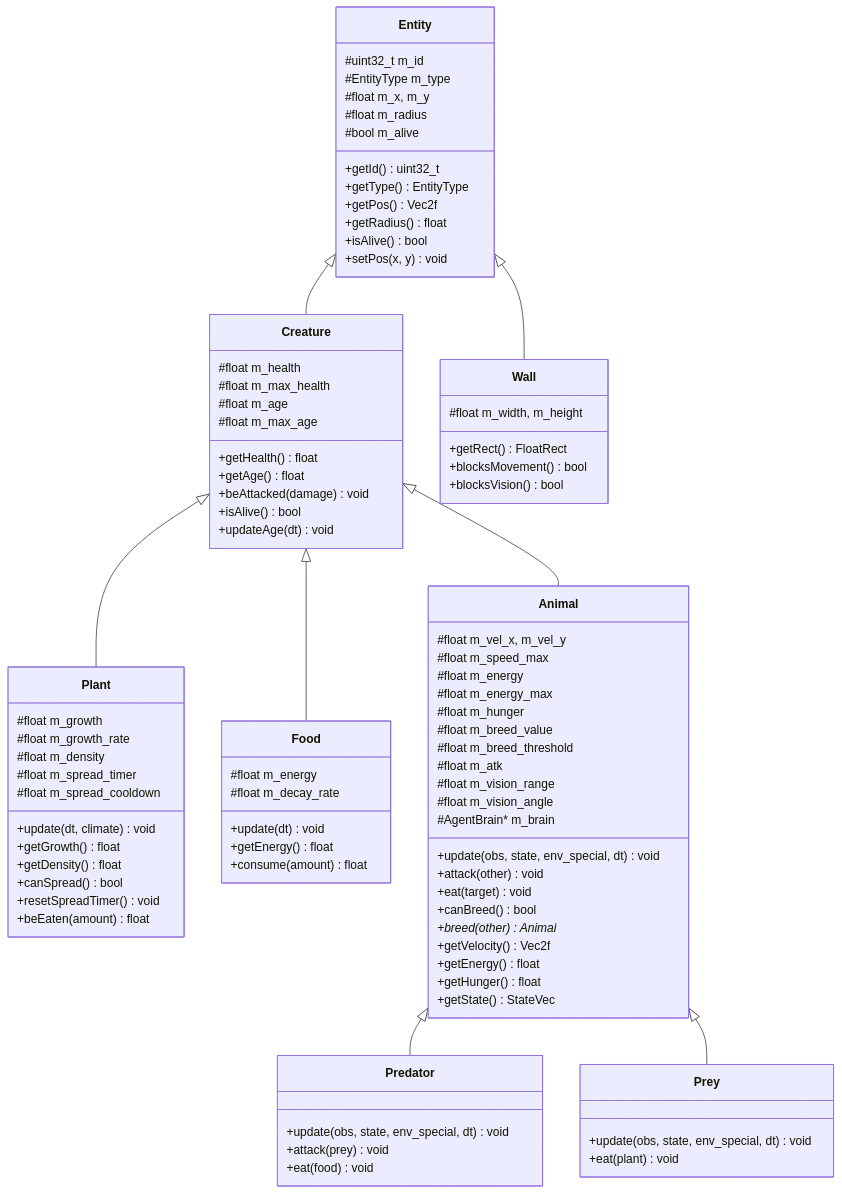
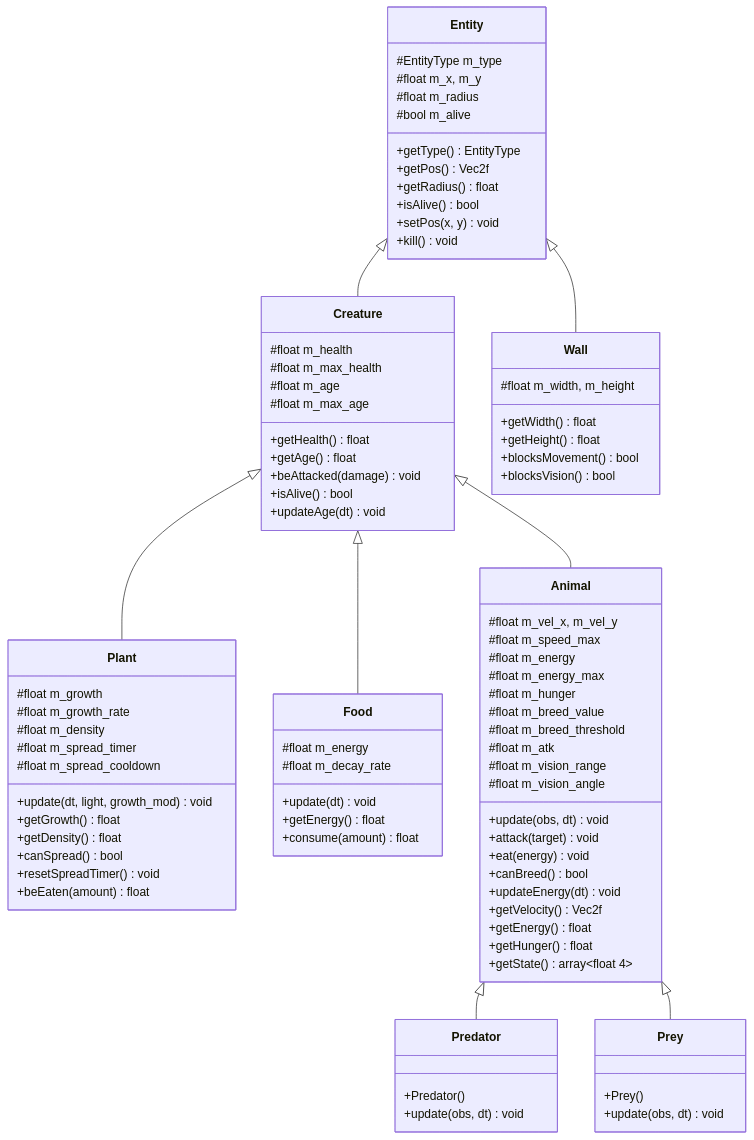
Before and after one commit to clostou/ecoSim: the first of 2 diagrams in framework.md, drawn with Mermaid. The commit also changed other lines of this file and 19 other files, not shown here.

````diff
--- a/framework.md
+++ b/framework.md
@@ -156,17 +205,16 @@
 ```mermaid
 classDiagram
     class Entity {
-        #uint32_t m_id
         #EntityType m_type
         #float m_x, m_y
         #float m_radius
         #bool m_alive
-        +getId() uint32_t
         +getType() EntityType
         +getPos() Vec2f
         +getRadius() float
         +isAlive() bool
         +setPos(x, y) void
+        +kill() void
     }
 
     class Creature {
@@ -187,7 +235,7 @@
         #float m_density
         #float m_spread_timer
         #float m_spread_cooldown
-        +update(dt, climate) void
+        +update(dt, light, growth_mod) void
         +getGrowth() float
         +getDensity() float
         +canSpread() bool
@@ -205,7 +253,8 @@
 
     class Wall {
         #float m_width, m_height
-        +getRect() FloatRect
+        +getWidth() float
+        +getHeight() float
         +blocksMovement() bool
         +blocksVision() bool
     }
@@ -221,27 +270,25 @@
         #float m_atk
         #float m_vision_range
         #float m_vision_angle
-        #AgentBrain* m_brain
-        +update(obs, state, env_special, dt) void
-        +attack(other) void
-        +eat(target) void
+        +update(obs, dt) void
+        +attack(target) void
+        +eat(energy) void
         +canBreed() bool
-        +breed(other) Animal*
+        +updateEnergy(dt) void
         +getVelocity() Vec2f
         +getEnergy() float
         +getHunger() float
-        +getState() StateVec
+        +getState() array~float 4~
     }
 
     class Predator {
-        +update(obs, state, env_special, dt) void
-        +attack(prey) void
-        +eat(food) void
+        +Predator()
+        +update(obs, dt) void
     }
 
     class Prey {
-        +update(obs, state, env_special, dt) void
-        +eat(plant) void
+        +Prey()
+        +update(obs, dt) void
     }
 
     Entity <|-- Creature
````
